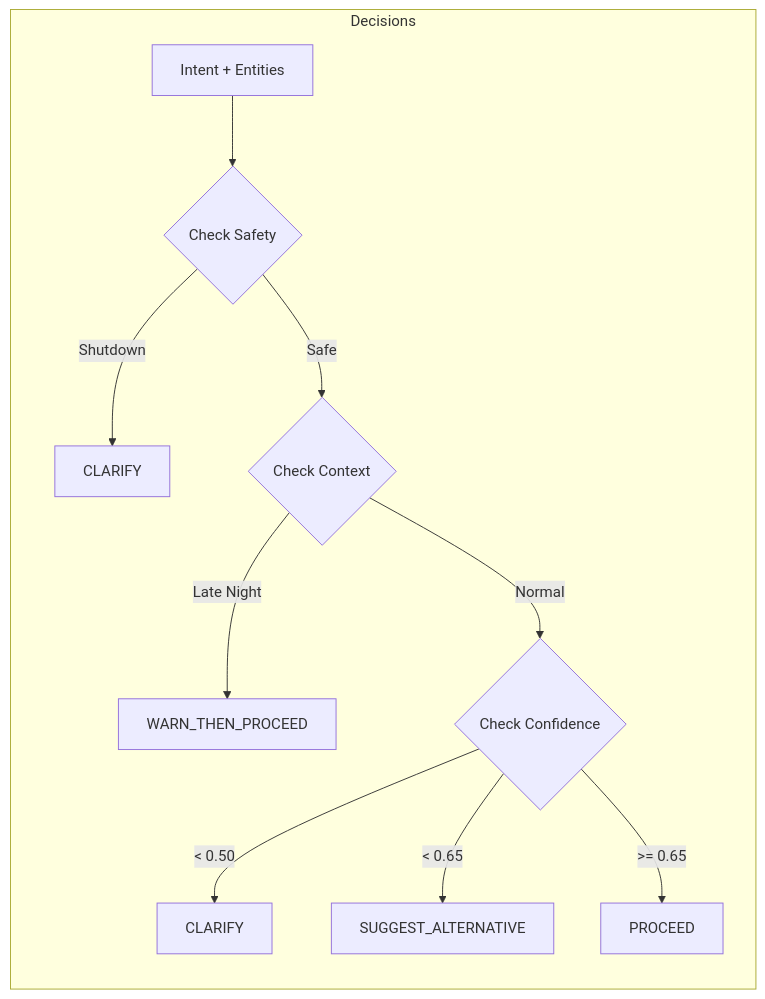
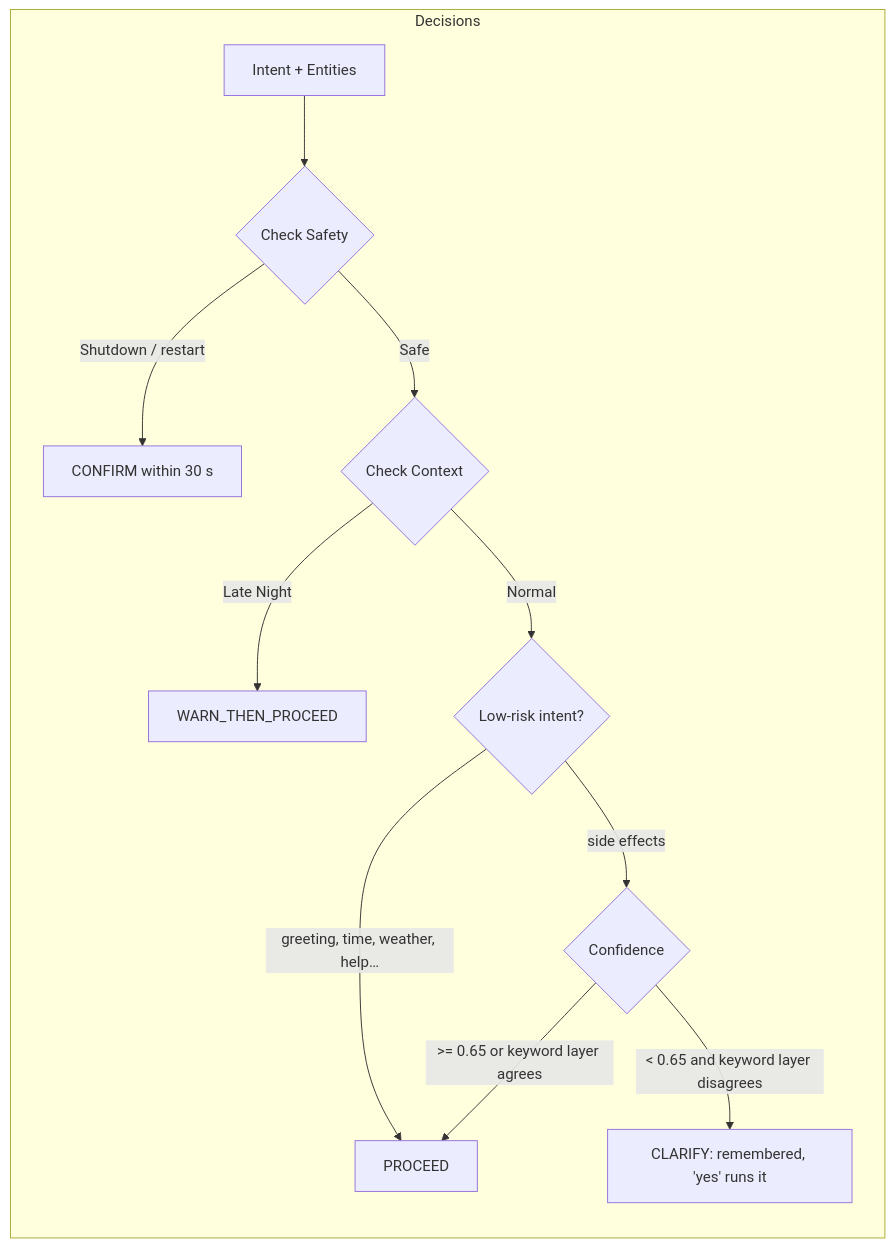
Before and after one commit to Raghava00001/Jarvis: the third of 3 diagrams in docs/ARCHITECTURE.md, drawn with Mermaid. The commit also changed other lines of this file and 3 other files, not shown here.

Commit message:
docs: architecture as implemented (service registry, request flow, invariants), v2.6 notes

````diff
--- a/docs/ARCHITECTURE.md
+++ b/docs/ARCHITECTURE.md
@@ -111,13 +111,14 @@
 ```mermaid
 flowchart LR
     subgraph Decisions
         A[Intent + Entities] --> B{Check Safety}
-        B --> |Shutdown| C[CLARIFY]
+        B --> |Shutdown / restart| C[CONFIRM within 30 s]
         B --> |Safe| D{Check Context}
         D --> |Late Night| E[WARN_THEN_PROCEED]
-        D --> |Normal| F{Check Confidence}
-        F --> |< 0.50| G[CLARIFY]
-        F --> |< 0.65| H[SUGGEST_ALTERNATIVE]
-        F --> |>= 0.65| I[PROCEED]
+        D --> |Normal| F{Low-risk intent?}
+        F --> |greeting, time, weather, help…| I[PROCEED]
+        F --> |side effects| G{Confidence}
+        G --> |< 0.65 and keyword layer disagrees| H[CLARIFY: remembered, 'yes' runs it]
+        G --> |>= 0.65 or keyword layer agrees| I
     end
 ```
````
